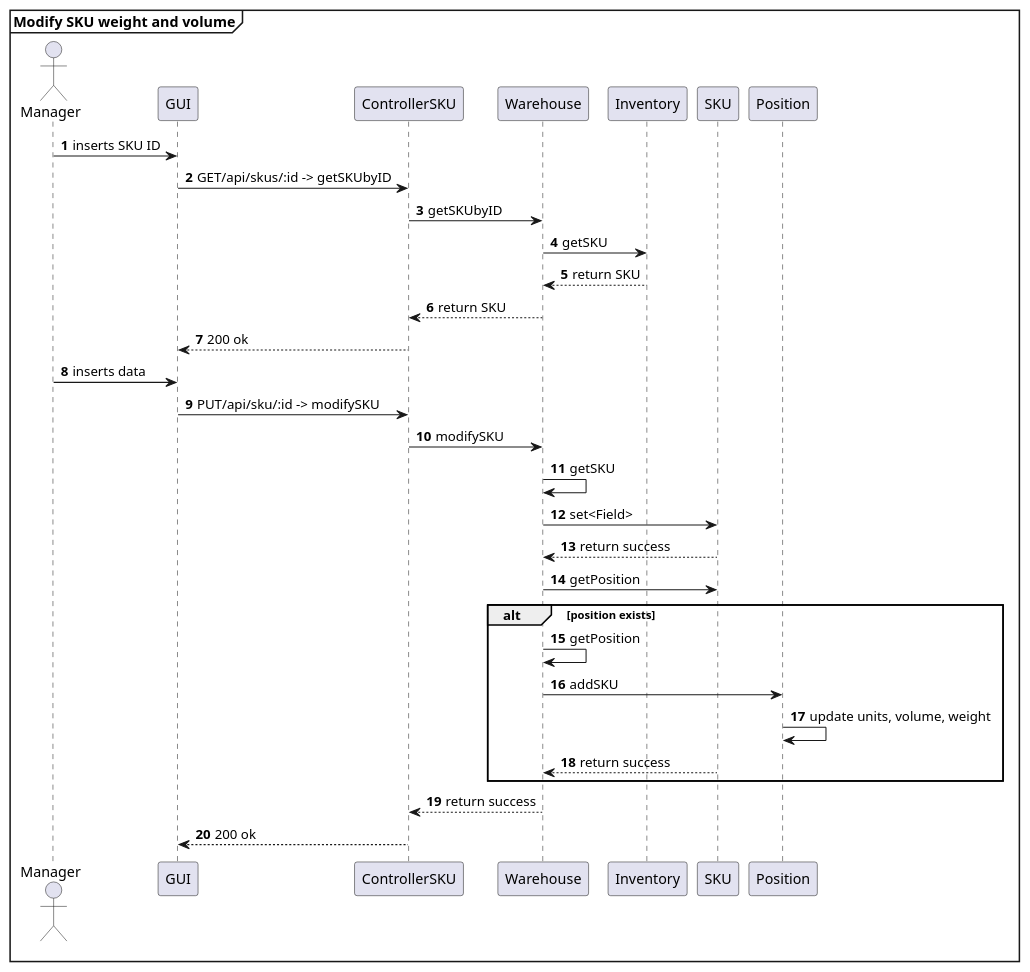
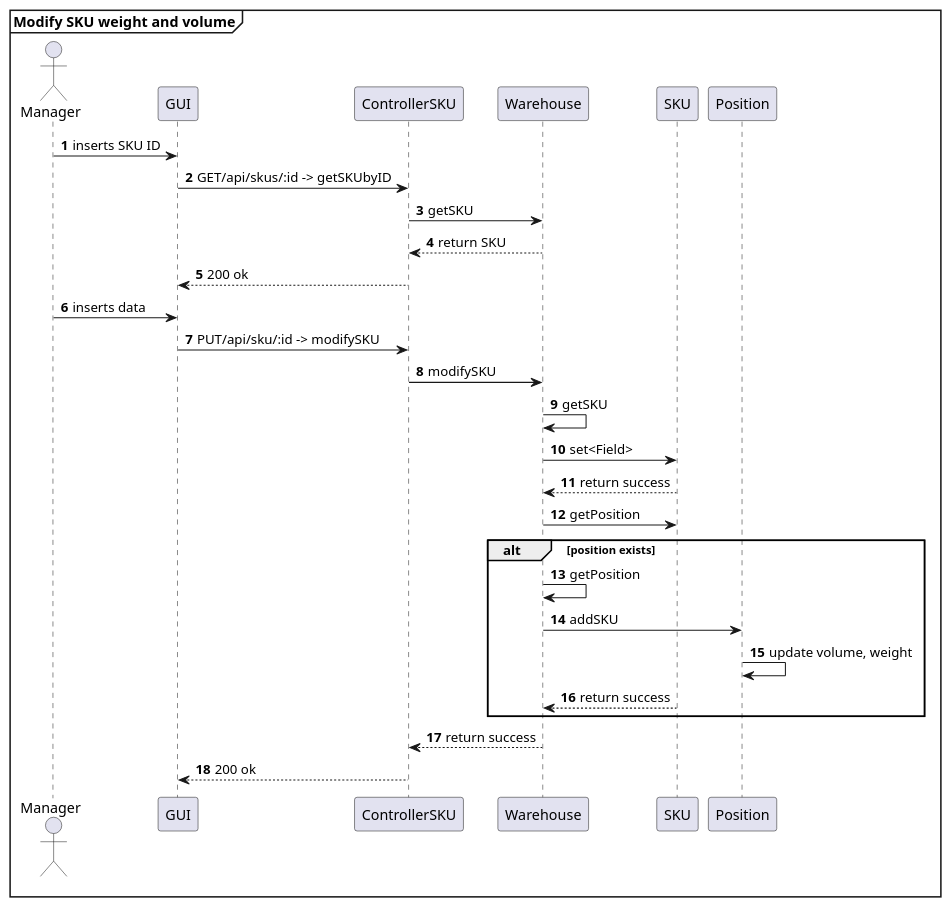
The fifth of 30 diagrams in DesignDocument.md (AlexZampa/EzWh), drawn with PlantUML before and after one commit. The commit also changed other lines of this file, not shown here.

````diff
--- a/DesignDocument.md
+++ b/DesignDocument.md
@@ -633,36 +489,33 @@
 ```plantuml
 mainframe **Modify SKU weight and volume**
 actor Manager
 participant GUI
 participant ControllerSKU
 participant Warehouse
-participant Inventory
 participant SKU
 
 autonumber
 Manager -> GUI : inserts SKU ID
 GUI -> ControllerSKU :  GET/api/skus/:id -> getSKUbyID
-ControllerSKU -> Warehouse : getSKUbyID
-Warehouse -> Inventory : getSKU
-Warehouse <-- Inventory : return SKU
+ControllerSKU -> Warehouse : getSKU
 ControllerSKU <-- Warehouse : return SKU
 GUI <-- ControllerSKU : 200 ok
 
 Manager -> GUI : inserts data
 GUI -> ControllerSKU : PUT/api/sku/:id -> modifySKU
   ControllerSKU -> Warehouse : modifySKU
   Warehouse -> Warehouse : getSKU
   Warehouse -> SKU : set<Field>
   Warehouse <-- SKU : return success
   Warehouse -> SKU : getPosition
   alt position exists
     Warehouse -> Warehouse : getPosition
     Warehouse -> Position : addSKU
-    Position -> Position : update units, volume, weight
+    Position -> Position : update volume, weight
     Warehouse <-- SKU : return success
   end alt  
 ControllerSKU <-- Warehouse : return success
 GUI <-- ControllerSKU : 200 ok
 
 @enduml
 ```
````
